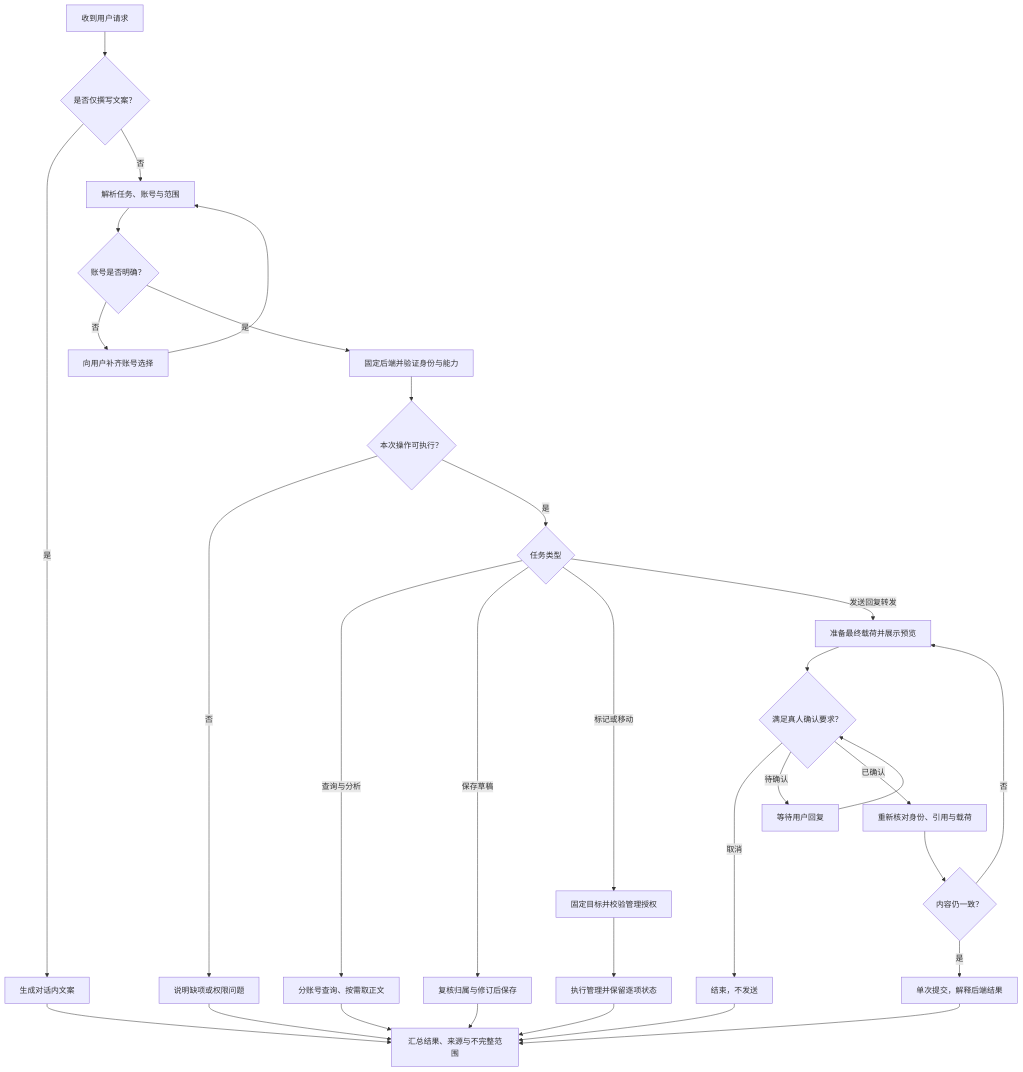
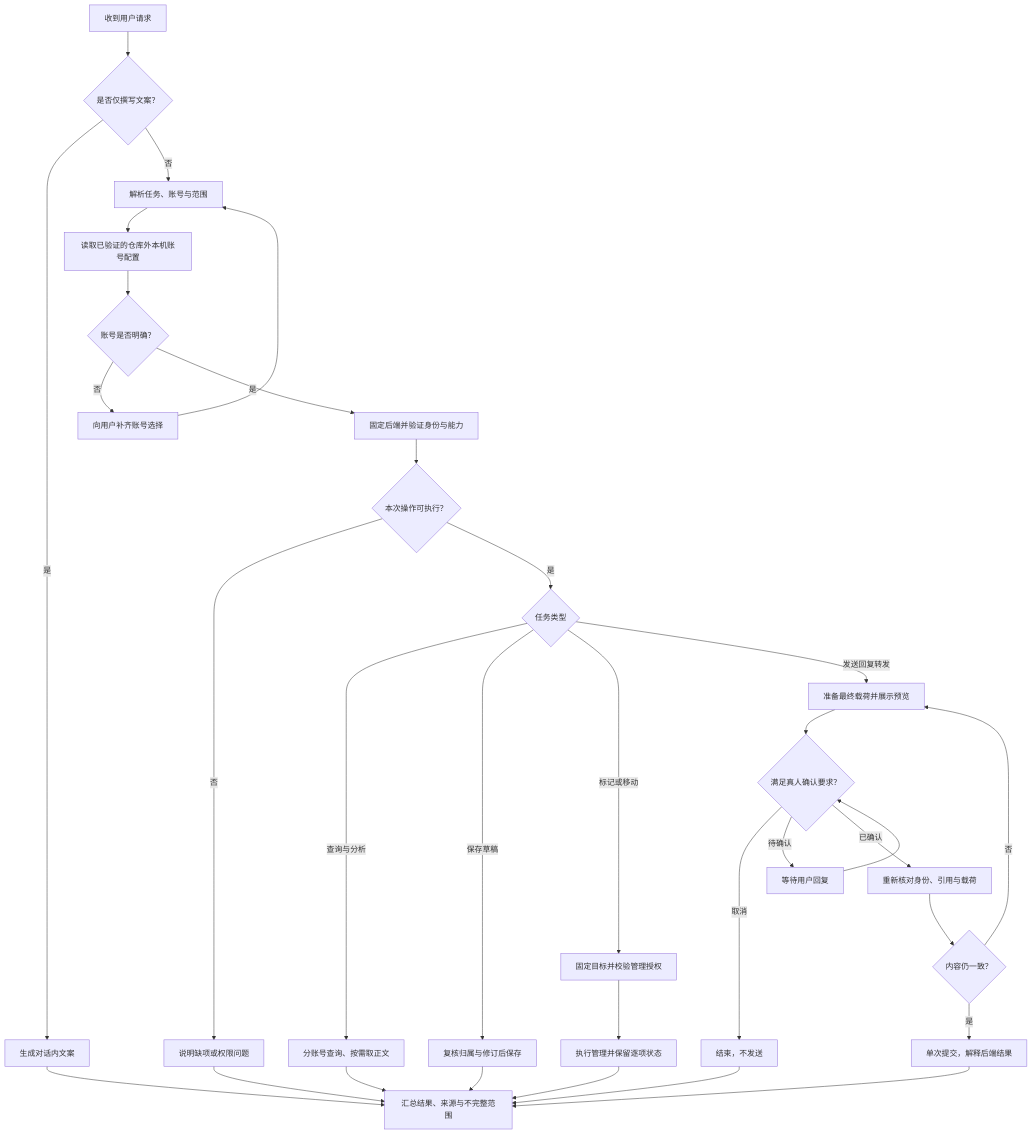
The second of 7 diagrams in doc/email-skill/technical-design.zh-CN.md (wk1995/skill), drawn with Mermaid before and after one commit. The commit also changed other lines of this file and 2 other files, not shown here.

````diff
--- a/doc/email-skill/technical-design.zh-CN.md
+++ b/doc/email-skill/technical-design.zh-CN.md
@@ -156,33 +189,34 @@
 ```mermaid
 flowchart TD
     A["收到用户请求"] --> B{"是否仅撰写文案？"}
     B -->|是| C["生成对话内文案"]
     B -->|否| D["解析任务、账号与范围"]
-    D --> E{"账号是否明确？"}
+    D --> LC["读取已验证的仓库外本机账号配置"]
+    LC --> E{"账号是否明确？"}
     E -->|否| F["向用户补齐账号选择"]
     F --> D
     E -->|是| G["固定后端并验证身份与能力"]
     G --> H{"本次操作可执行？"}
     H -->|否| I["说明缺项或权限问题"]
     H -->|是| J{"任务类型"}
     J -->|查询与分析| K["分账号查询、按需取正文"]
     J -->|保存草稿| L["复核归属与修订后保存"]
     J -->|标记或移动| M["固定目标并校验管理授权"]
     J -->|发送回复转发| N["准备最终载荷并展示预览"]
     M --> O["执行管理并保留逐项状态"]
     N --> P{"满足真人确认要求？"}
     P -->|取消| Q["结束，不发送"]
     P -->|待确认| W["等待用户回复"]
     W --> P
     P -->|已确认| R["重新核对身份、引用与载荷"]
     R --> S{"内容仍一致？"}
     S -->|否| N
     S -->|是| T["单次提交，解释后端结果"]
     K --> V["汇总结果、来源与不完整范围"]
     L --> V
     O --> V
     T --> V
     C --> V
     I --> V
     Q --> V
 ```
````
